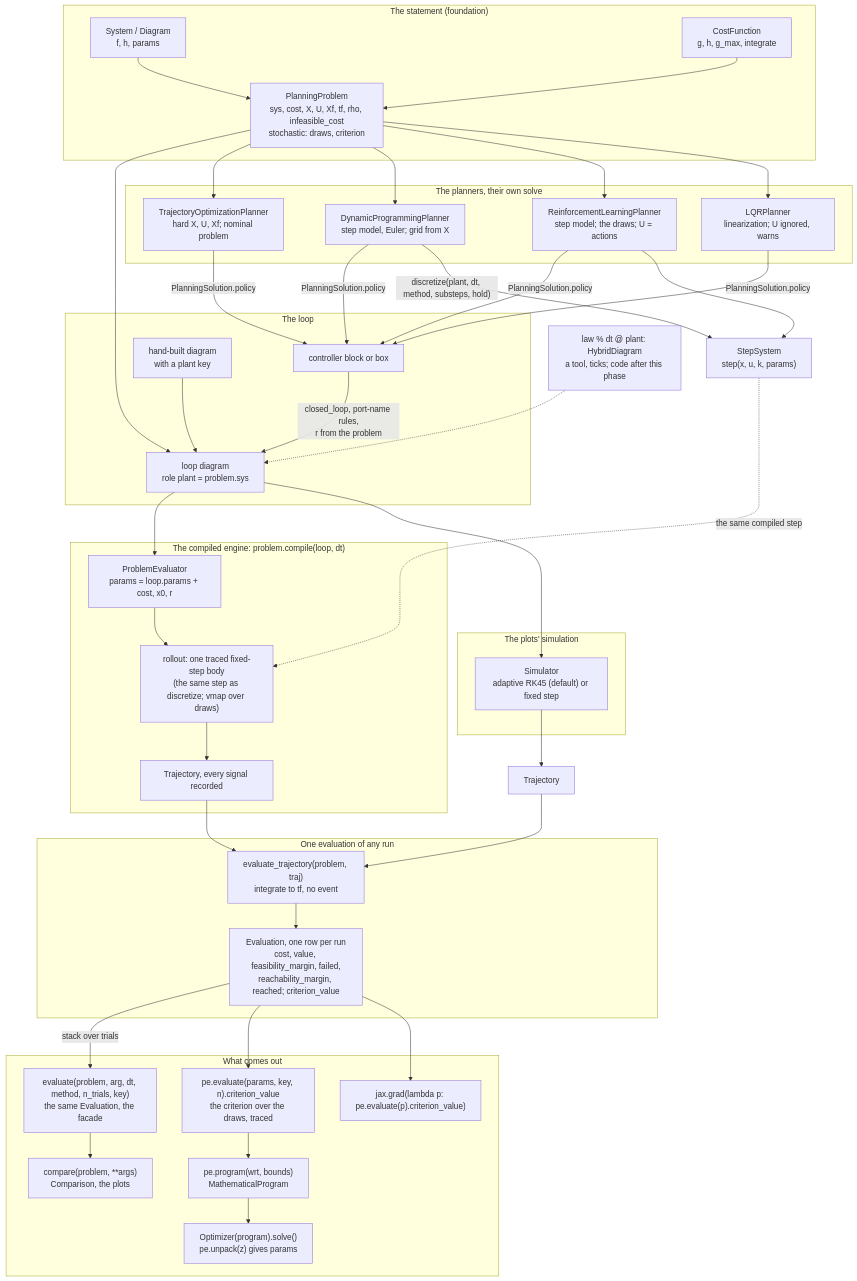
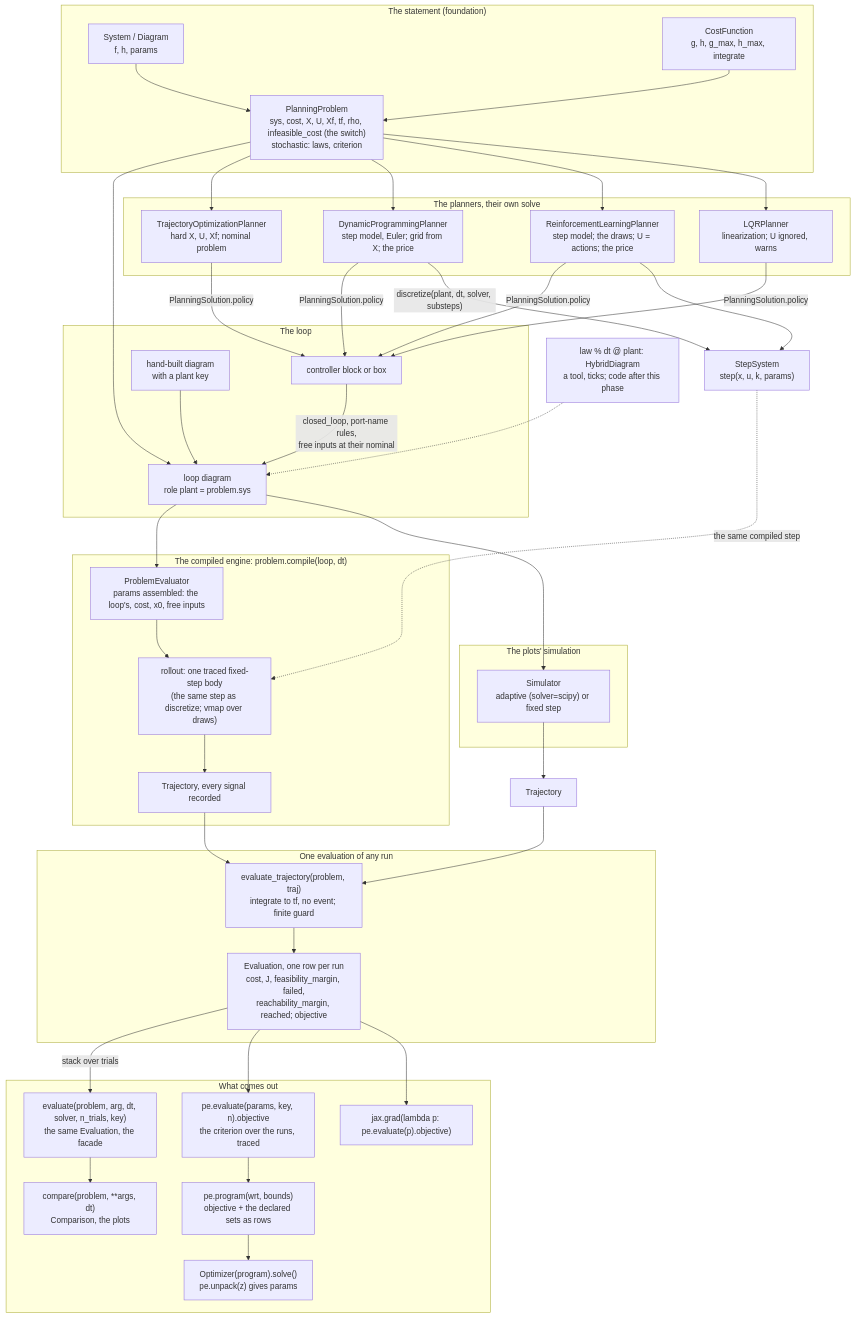
Before and after one commit to alx87grd/minilink: the diagram in docs/plans/continuous-core.md, drawn with Mermaid. The commit also changed other lines of this file and 4 other files, not shown here.

````diff
--- a/docs/plans/continuous-core.md
+++ b/docs/plans/continuous-core.md
@@ -43,68 +43,68 @@
 ```mermaid
 flowchart TD
     subgraph statement["The statement (foundation)"]
         SYS["System / Diagram<br/>f, h, params"]
-        COST["CostFunction<br/>g, h, g_max, integrate"]
-        PROB["PlanningProblem<br/>sys, cost, X, U, Xf, tf, rho, infeasible_cost<br/>stochastic: draws, criterion"]
+        COST["CostFunction<br/>g, h, g_max, h_max, integrate"]
+        PROB["PlanningProblem<br/>sys, cost, X, U, Xf, tf, rho, infeasible_cost (the switch)<br/>stochastic: laws, criterion"]
         SYS --> PROB
         COST --> PROB
     end
 
     subgraph loop["The loop"]
-        CTL["controller block or box"] -->|"closed_loop, port-name rules,<br/>r from the problem"| LOOP["loop diagram<br/>role plant = problem.sys"]
+        CTL["controller block or box"] -->|"closed_loop, port-name rules,<br/>free inputs at their nominal"| LOOP["loop diagram<br/>role plant = problem.sys"]
         HAND["hand-built diagram<br/>with a plant key"] --> LOOP
     end
     PROB --> LOOP
 
     subgraph engine["The compiled engine: problem.compile(loop, dt)"]
-        PE["ProblemEvaluator<br/>params = loop.params + cost, x0, r"]
+        PE["ProblemEvaluator<br/>params assembled: the loop's, cost, x0, free inputs"]
         RUN["rollout: one traced fixed-step body<br/>(the same step as discretize; vmap over draws)"]
         PE --> RUN --> TRAJ["Trajectory, every signal recorded"]
     end
     LOOP --> PE
 
     subgraph sim["The plots' simulation"]
-        SIMU["Simulator<br/>adaptive RK45 (default) or fixed step"]
+        SIMU["Simulator<br/>adaptive (solver=scipy) or fixed step"]
     end
     LOOP --> SIMU --> TRAJ2["Trajectory"]
 
     subgraph score["One evaluation of any run"]
-        ET["evaluate_trajectory(problem, traj)<br/>integrate to tf, no event"]
-        REC["Evaluation, one row per run<br/>cost, value, feasibility_margin, failed,<br/>reachability_margin, reached; criterion_value"]
+        ET["evaluate_trajectory(problem, traj)<br/>integrate to tf, no event; finite guard"]
+        REC["Evaluation, one row per run<br/>cost, J, feasibility_margin, failed,<br/>reachability_margin, reached; objective"]
         ET --> REC
     end
     TRAJ --> ET
     TRAJ2 --> ET
 
     subgraph outputs["What comes out"]
-        EVAL["evaluate(problem, arg, dt, method, n_trials, key)<br/>the same Evaluation, the facade"]
-        CMP["compare(problem, **args)<br/>Comparison, the plots"]
-        VAL["pe.evaluate(params, key, n).criterion_value<br/>the criterion over the draws, traced"]
-        PROG["pe.program(wrt, bounds)<br/>MathematicalProgram"]
+        EVAL["evaluate(problem, arg, dt, solver, n_trials, key)<br/>the same Evaluation, the facade"]
+        CMP["compare(problem, **args, dt)<br/>Comparison, the plots"]
+        VAL["pe.evaluate(params, key, n).objective<br/>the criterion over the runs, traced"]
+        PROG["pe.program(wrt, bounds)<br/>objective + the declared sets as rows"]
         OPT["Optimizer(program).solve()<br/>pe.unpack(z) gives params"]
-        GRAD["jax.grad(lambda p: pe.evaluate(p).criterion_value)"]
+        GRAD["jax.grad(lambda p: pe.evaluate(p).objective)"]
     end
     REC -->|"stack over trials"| EVAL --> CMP
     REC --> VAL --> PROG --> OPT
     REC --> GRAD
 
     subgraph planners["The planners, their own solve"]
         TO["TrajectoryOptimizationPlanner<br/>hard X, U, Xf; nominal problem"]
-        DP["DynamicProgrammingPlanner<br/>step model, Euler; grid from X"]
-        RL["ReinforcementLearningPlanner<br/>step model; the draws; U = actions"]
+        DP["DynamicProgrammingPlanner<br/>step model, Euler; grid from X; the price"]
+        RL["ReinforcementLearningPlanner<br/>step model; the draws; U = actions; the price"]
         LQR["LQRPlanner<br/>linearization; U ignored, warns"]
     end
     PROB --> TO
     PROB --> DP
     PROB --> RL
     PROB --> LQR
     TO -->|"PlanningSolution.policy"| CTL
     DP -->|"PlanningSolution.policy"| CTL
     RL -->|"PlanningSolution.policy"| CTL
     LQR -->|"PlanningSolution.policy"| CTL
-    DP -->|"discretize(plant, dt, method, substeps, hold)"| STEP["StepSystem<br/>step(x, u, k, params)"]
+    DP -->|"discretize(plant, dt, solver, substeps)"| STEP["StepSystem<br/>step(x, u, k, params)"]
     RL --> STEP
     STEP -.->|"the same compiled step"| RUN
 
     HYB["law % dt @ plant: HybridDiagram<br/>a tool, ticks; code after this phase"] -.-> LOOP
 ```
````
